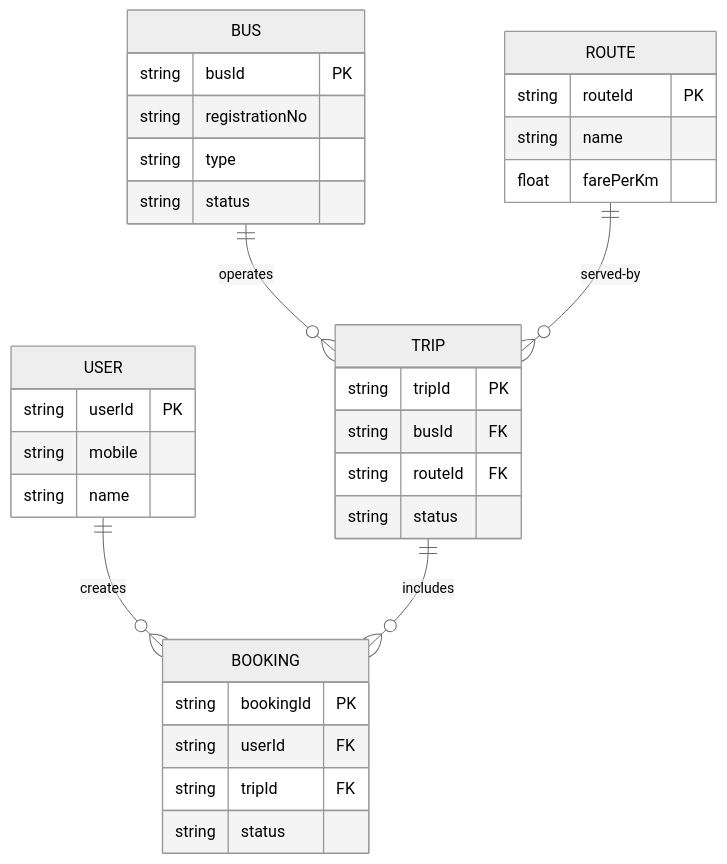
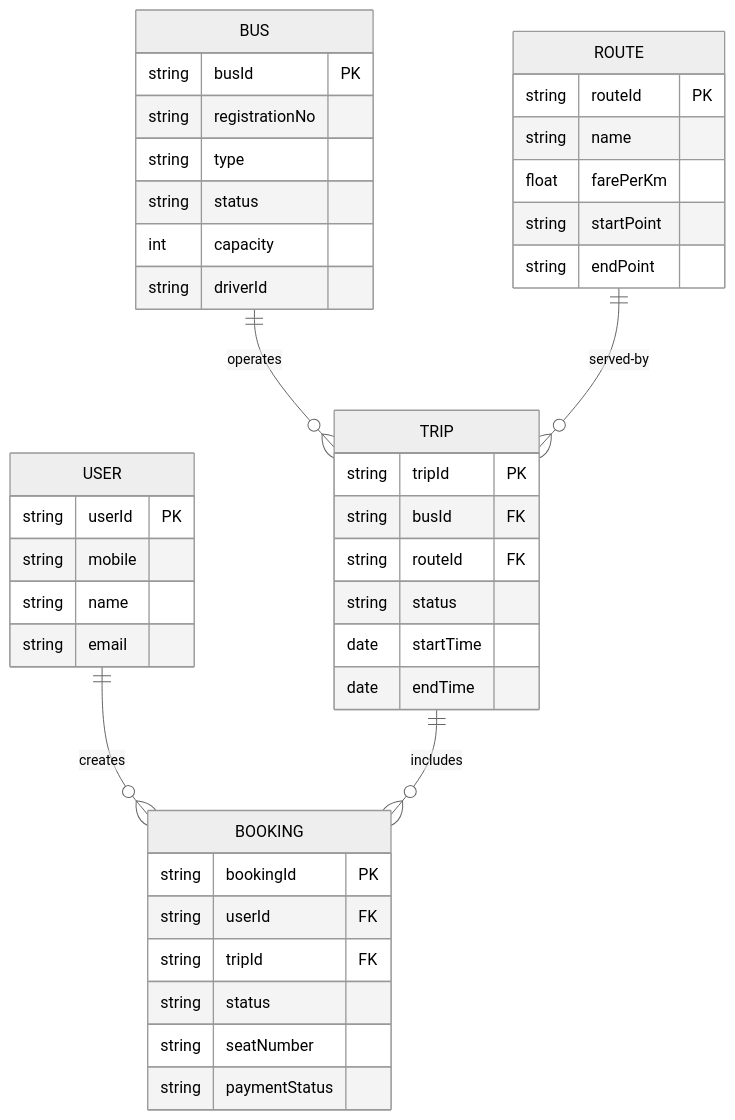
The diagram in diagrams/ER_DIAGRAM.md (sanchitgarg23/SystemDesignProject), drawn with Mermaid (neutral theme) before and after one commit.

Commit message:
docs: add essential attributes back to ER diagram

````diff
--- a/diagrams/ER_DIAGRAM.md
+++ b/diagrams/ER_DIAGRAM.md
@@ -9,43 +9,52 @@
 ```mermaid
 erDiagram
     BUS {
         string busId PK
         string registrationNo
         string type
         string status
+        int capacity
+        string driverId
     }
 
     ROUTE {
         string routeId PK
         string name
         float farePerKm
+        string startPoint
+        string endPoint
     }
 
     TRIP {
         string tripId PK
         string busId FK
         string routeId FK
         string status
+        date startTime
+        date endTime
     }
 
     USER {
         string userId PK
         string mobile
         string name
+        string email
     }
 
     BOOKING {
         string bookingId PK
         string userId FK
         string tripId FK
         string status
+        string seatNumber
+        string paymentStatus
     }
 
     %% ========== CORE RELATIONSHIPS ==========
 
     BUS ||--o{ TRIP : "operates"
     ROUTE ||--o{ TRIP : "served-by"
     
     USER ||--o{ BOOKING : "creates"
     TRIP ||--o{ BOOKING : "includes"
 ```
````
